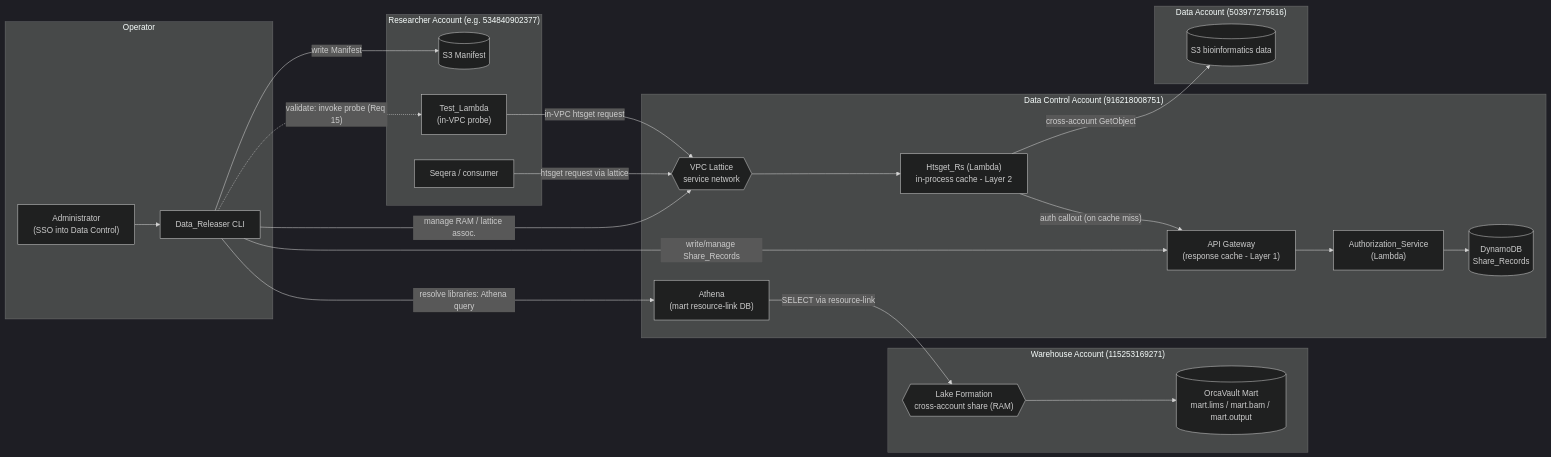
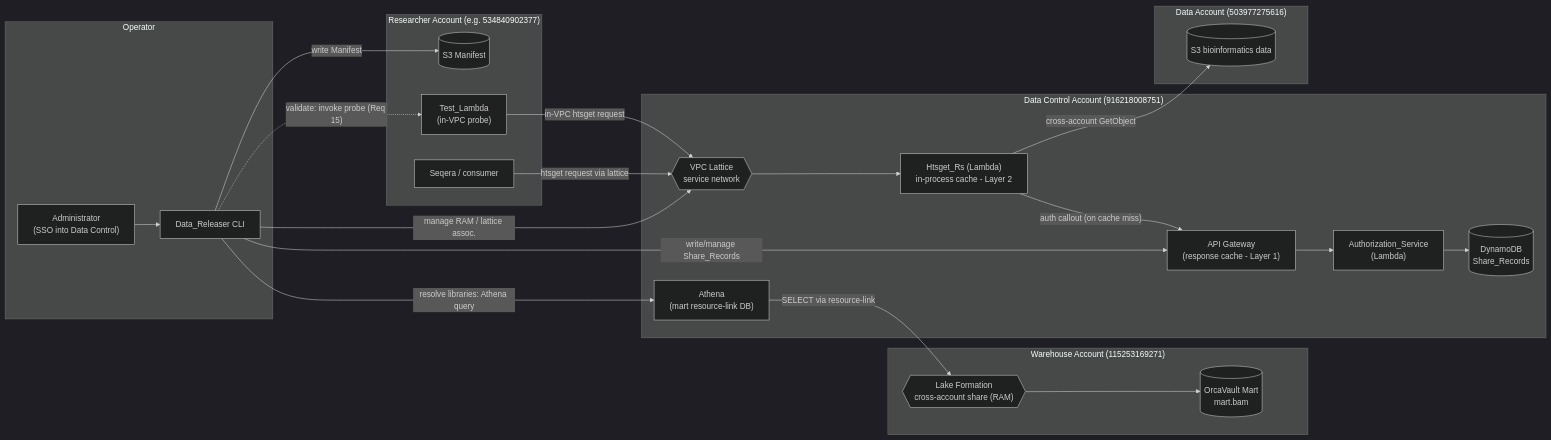
One commit to umccr/data-releaser changed the first of 3 diagrams in .kiro/specs/data-releaser/design.md. Above: the diagram before and after it, drawn with Mermaid (dark theme). The commit also changed other lines of this file and 3 other files, not shown here.

````diff
--- a/.kiro/specs/data-releaser/design.md
+++ b/.kiro/specs/data-releaser/design.md
@@ -48,55 +49,55 @@
 ```mermaid
 flowchart LR
     subgraph OPS["Operator"]
         ADMIN["Administrator<br/>(SSO into Data Control)"]
         CLI["Data_Releaser CLI"]
     end
 
     subgraph WH["Warehouse Account (115253169271)"]
-        OV[("OrcaVault Mart<br/>mart.lims / mart.bam / mart.output")]
+        OV[("OrcaVault Mart<br/>mart.bam")]
         LF{{"Lake Formation<br/>cross-account share (RAM)"}}
     end
 
     subgraph DC["Data Control Account (916218008751)"]
         ATHENA["Athena<br/>(mart resource-link DB)"]
         APIGW["API Gateway<br/>(response cache - Layer 1)"]
         AUTH["Authorization_Service<br/>(Lambda)"]
         DDB[("DynamoDB<br/>Share_Records")]
         HTS["Htsget_Rs (Lambda)<br/>in-process cache - Layer 2"]
         LATTICE{{"VPC Lattice<br/>service network"}}
     end
 
     subgraph DATA["Data Account (503977275616)"]
         S3DATA[("S3 bioinformatics data")]
     end
 
     subgraph RES["Researcher Account (e.g. 534840902377)"]
         S3MAN[("S3 Manifest")]
         TESTL["Test_Lambda<br/>(in-VPC probe)"]
         SEQERA["Seqera / consumer"]
     end
 
     ADMIN --> CLI
 
     %% CLI credential-scoped flows (per-need role assumption)
     CLI -->|"resolve libraries: Athena query"| ATHENA
     CLI -->|"write/manage Share_Records"| APIGW
     CLI -->|"manage RAM / lattice assoc."| LATTICE
     CLI -->|"write Manifest"| S3MAN
     CLI -.->|"validate: invoke probe (Req 15)"| TESTL
 
     %% Warehouse resolution path (Lake Formation share)
     ATHENA -->|"SELECT via resource-link"| LF
     LF --> OV
 
     %% Authorization data path
     APIGW --> AUTH
     AUTH --> DDB
 
     %% htsget request path
     SEQERA -->|"htsget request via lattice"| LATTICE
     LATTICE --> HTS
     HTS -->|"auth callout (on cache miss)"| APIGW
     HTS -->|"cross-account GetObject"| S3DATA
     TESTL -->|"in-VPC htsget request"| LATTICE
 ```
````
